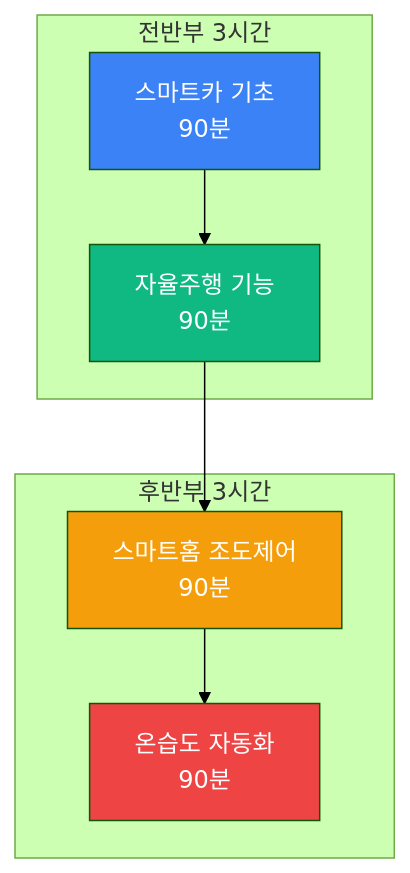
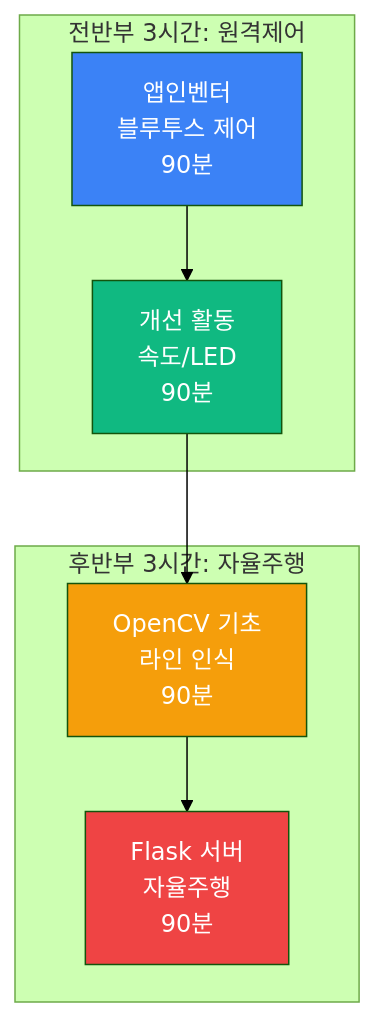
One commit to Collegenie-X/AIMakerLab_Web changed the second of 10 diagrams in documents/CURRICULUM/맛보기_아두이노_ESP32.md. Above: the diagram before and after it, drawn with Mermaid (forest theme). The commit also changed other lines of this file and 3 other files, not shown here.

````diff
--- a/documents/CURRICULUM/맛보기_아두이노_ESP32.md
+++ b/documents/CURRICULUM/맛보기_아두이노_ESP32.md
@@ -87,21 +105,21 @@
 ```mermaid
 graph TB
-    subgraph "전반부 3시간"
-        A1[스마트카 기초<br/>90분]
-        A2[자율주행 기능<br/>90분]
+    subgraph "전반부 3시간: 원격제어"
+        A1[앱인벤터<br/>블루투스 제어<br/>90분]
+        A2[개선 활동<br/>속도/LED<br/>90분]
     end
     
-    subgraph "후반부 3시간"
-        B1[스마트홈 조도제어<br/>90분]
-        B2[온습도 자동화<br/>90분]
+    subgraph "후반부 3시간: 자율주행"
+        B1[OpenCV 기초<br/>라인 인식<br/>90분]
+        B2[Flask 서버<br/>자율주행<br/>90분]
     end
     
     A1 --> A2
     A2 --> B1
     B1 --> B2
     
     style A1 fill:#3b82f6,color:#fff
     style A2 fill:#10b981,color:#fff
     style B1 fill:#f59e0b,color:#fff
     style B2 fill:#ef4444,color:#fff
 ```
````
